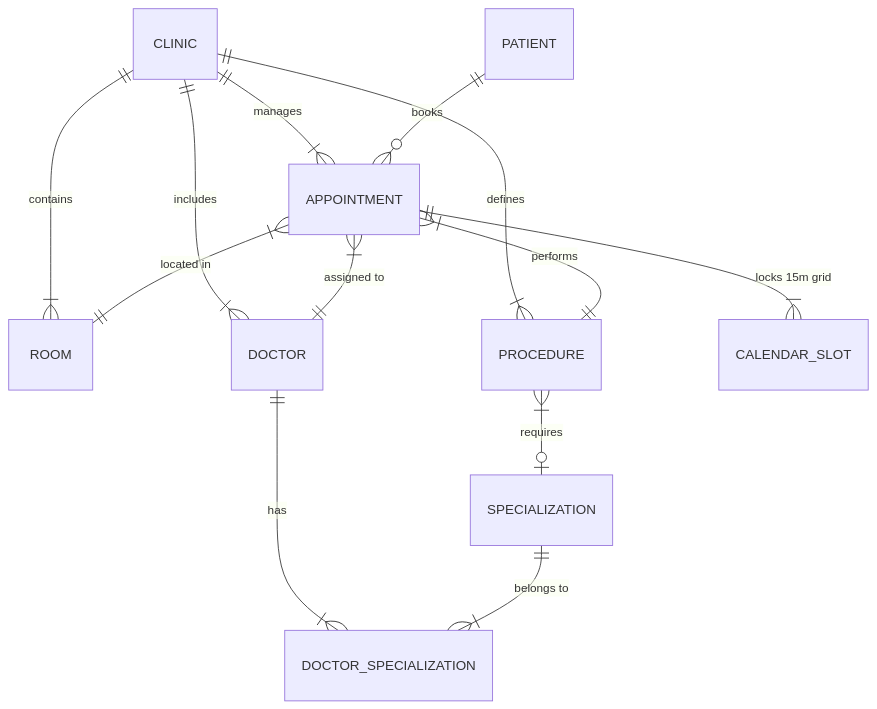
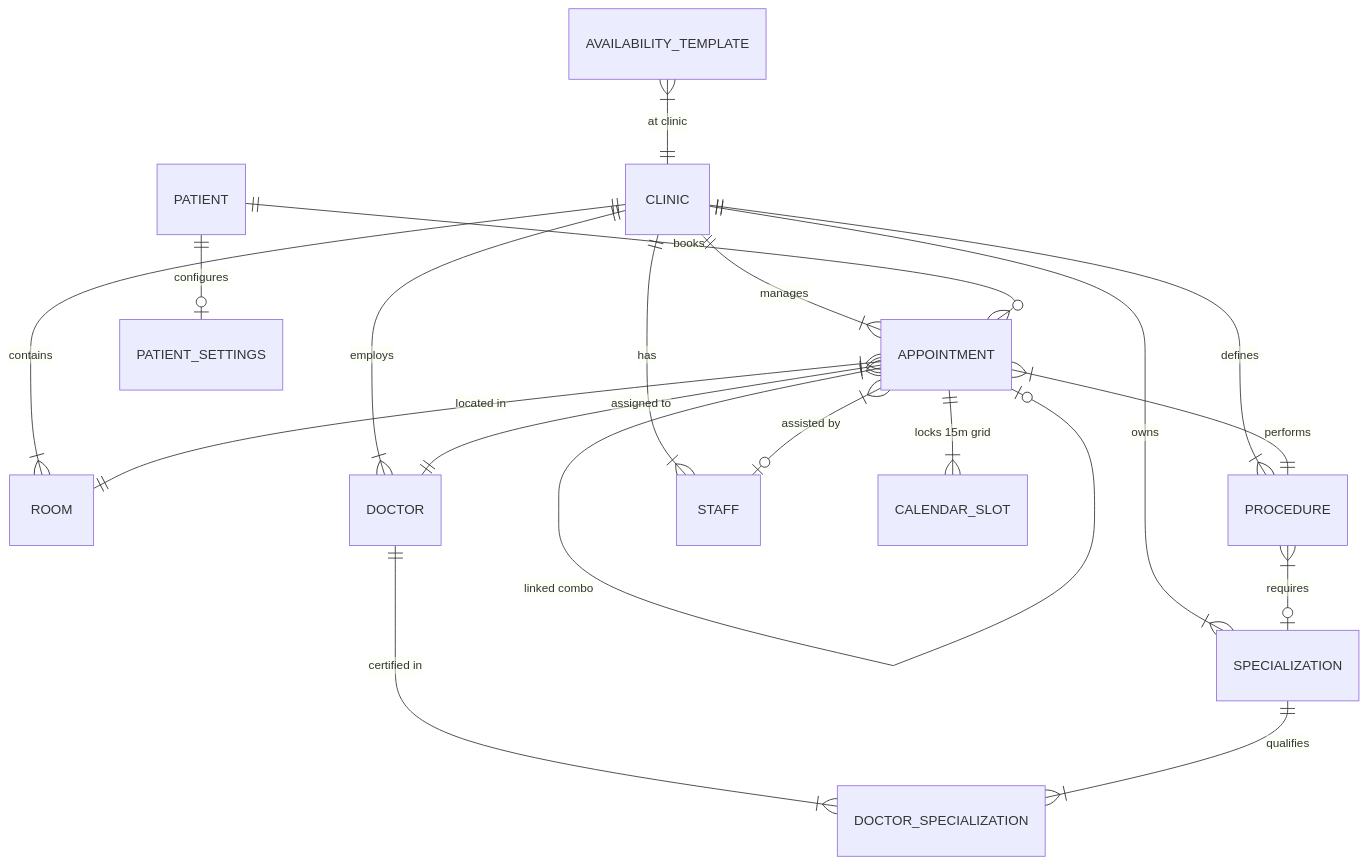
One commit to arsalannkhann/DA-AppointmentBooking changed the second of 2 diagrams in README.md. Above: the diagram before and after it, drawn with Mermaid. The commit also changed other lines of this file and 19 other files, not shown here.

Commit message:
feat: comprehensive README with full architecture, features, engines, schema, and deployment docs + mobile-first responsive redesign across all frontend pages

````diff
--- a/README.md
+++ b/README.md
@@ -81,19 +169,26 @@
 ```mermaid
 erDiagram
     CLINIC ||--|{ ROOM : "contains"
-    CLINIC ||--|{ DOCTOR : "includes"
+    CLINIC ||--|{ DOCTOR : "employs"
     CLINIC ||--|{ PROCEDURE : "defines"
     CLINIC ||--|{ APPOINTMENT : "manages"
-    
-    DOCTOR ||--|{ DOCTOR_SPECIALIZATION : "has"
-    SPECIALIZATION ||--|{ DOCTOR_SPECIALIZATION : "belongs to"
-    
+    CLINIC ||--|{ SPECIALIZATION : "owns"
+    CLINIC ||--|{ STAFF : "has"
+
+    DOCTOR ||--|{ DOCTOR_SPECIALIZATION : "certified in"
+    SPECIALIZATION ||--|{ DOCTOR_SPECIALIZATION : "qualifies"
+
     PATIENT ||--o{ APPOINTMENT : "books"
-    
+    PATIENT ||--o| PATIENT_SETTINGS : "configures"
+
     PROCEDURE }|--o| SPECIALIZATION : "requires"
-    
+
     APPOINTMENT }|--|| DOCTOR : "assigned to"
     APPOINTMENT }|--|| ROOM : "located in"
     APPOINTMENT }|--|| PROCEDURE : "performs"
     APPOINTMENT ||--|{ CALENDAR_SLOT : "locks 15m grid"
+    APPOINTMENT }|--o| STAFF : "assisted by"
+    APPOINTMENT }|--o| APPOINTMENT : "linked combo"
+
+    AVAILABILITY_TEMPLATE }|--|| CLINIC : "at clinic"
 ```
````
